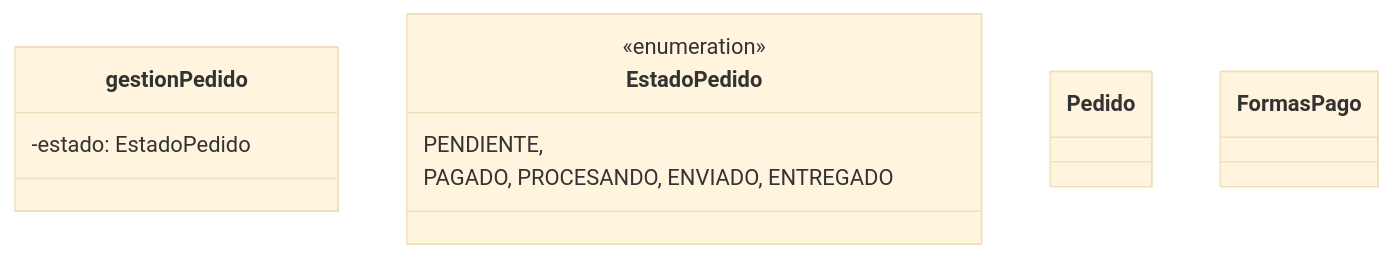
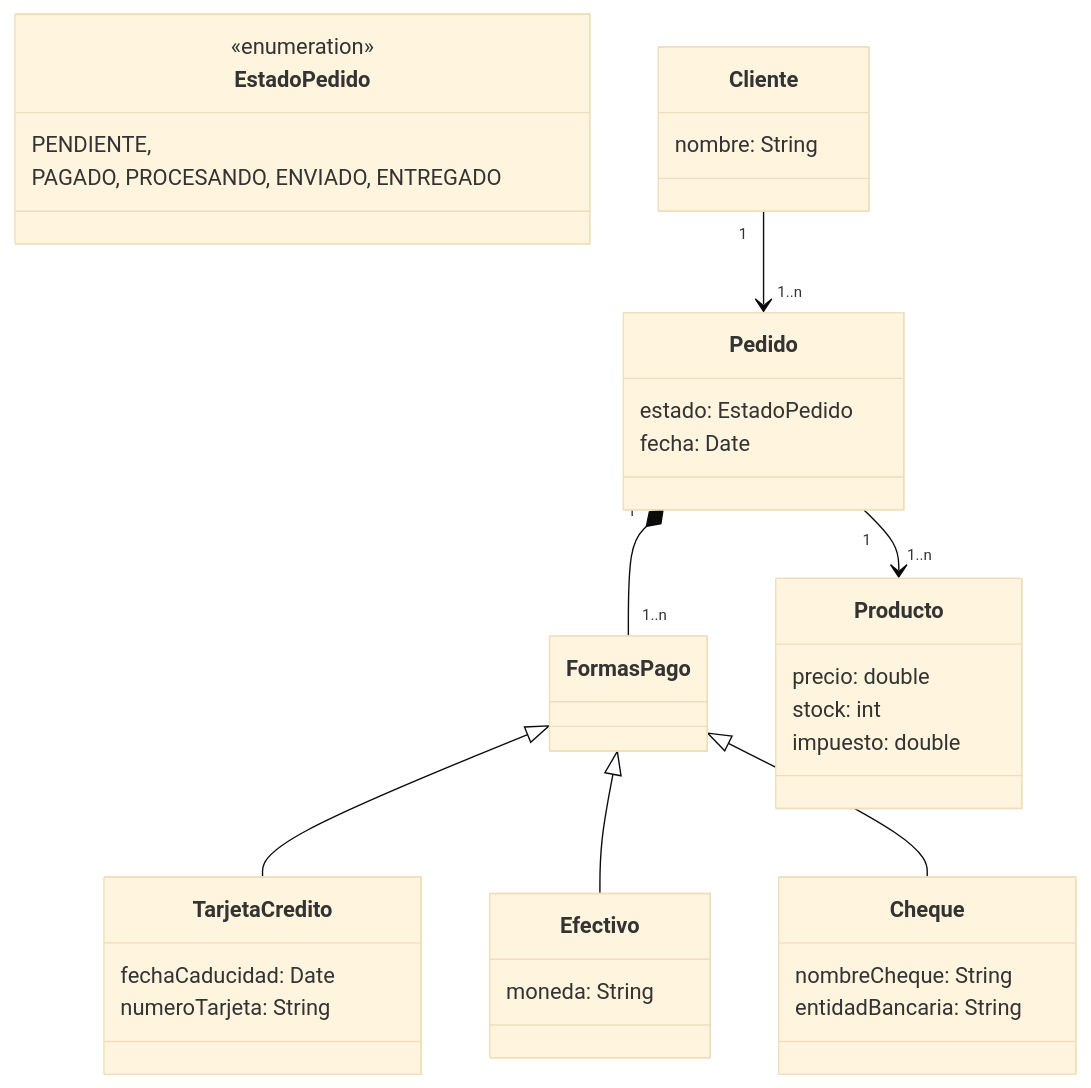
The diagram in ejercicio 6.mmd (Julioc20-31/CD_Ejercicios_Tema3), drawn with Mermaid (base theme) before and after one commit. The commit also changed 1 other file, not shown here.

```diff
--- a/ejercicio 6.mmd
+++ b/ejercicio 6.mmd
@@ -1,17 +1,46 @@
 classDiagram 
-    class gestionPedido{
-        -estado: EstadoPedido
       
-    }
 class EstadoPedido{
     <<enumeration>>
     PENDIENTE,
     PAGADO, PROCESANDO, ENVIADO, ENTREGADO
 }
 class Pedido{
-    
+    estado: EstadoPedido
+    fecha: Date
 }
 
 class FormasPago{
-    
+   
 }
+
+class TarjetaCredito{
+    fechaCaducidad: Date
+    numeroTarjeta: String
+}
+
+class Efectivo{
+    moneda: String
+}
+
+class Cheque{
+    nombreCheque: String
+    entidadBancaria: String
+}
+
+class Cliente{
+    nombre: String
+}
+
+class Producto{
+    precio: double
+    stock: int
+    impuesto: double
+}
+
+Cliente "1" --> "1..n" Pedido
+Pedido "1" --> "1..n" Producto
+FormasPago <|-- TarjetaCredito
+FormasPago <|-- Efectivo   
+FormasPago <|-- Cheque
+Pedido "1" *-- "1..n" FormasPago
```
